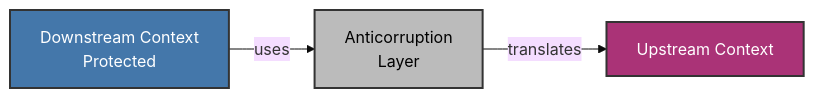
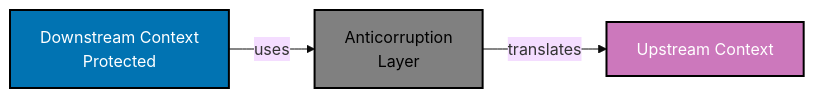
The fourth of 12 diagrams in docs/explanation/software-design/domain-driven-design-ddd/templates/ex-sode-dodrdedd-te__context-map-diagram.md (wahidyankf/open-sharia-enterprise), drawn with Mermaid (base theme) before and after one commit. The commit also changed other lines of this file and 35 other files, not shown here.

````diff
--- a/docs/explanation/software-design/domain-driven-design-ddd/templates/ex-sode-dodrdedd-te__context-map-diagram.md
+++ b/docs/explanation/software-design/domain-driven-design-ddd/templates/ex-sode-dodrdedd-te__context-map-diagram.md
@@ -136,13 +136,13 @@
 ```mermaid
 graph LR
     DS[Downstream Context<br/>Protected]
     ACL[Anticorruption<br/>Layer]
     US[Upstream Context]
 
     DS -->|uses| ACL
     ACL -->|translates| US
 
-    style DS fill:#4477AA,stroke:#333,stroke-width:2px,color:#FFFFFF
-    style ACL fill:#BBBBBB,stroke:#333,stroke-width:2px,color:#000000
-    style US fill:#AA3377,stroke:#333,stroke-width:2px,color:#FFFFFF
+    style DS fill:#0173B2,stroke:#000000,stroke-width:2px,color:#FFFFFF
+    style ACL fill:#808080,stroke:#000000,stroke-width:2px,color:#000000
+    style US fill:#CC78BC,stroke:#000000,stroke-width:2px,color:#FFFFFF
 ```
````
